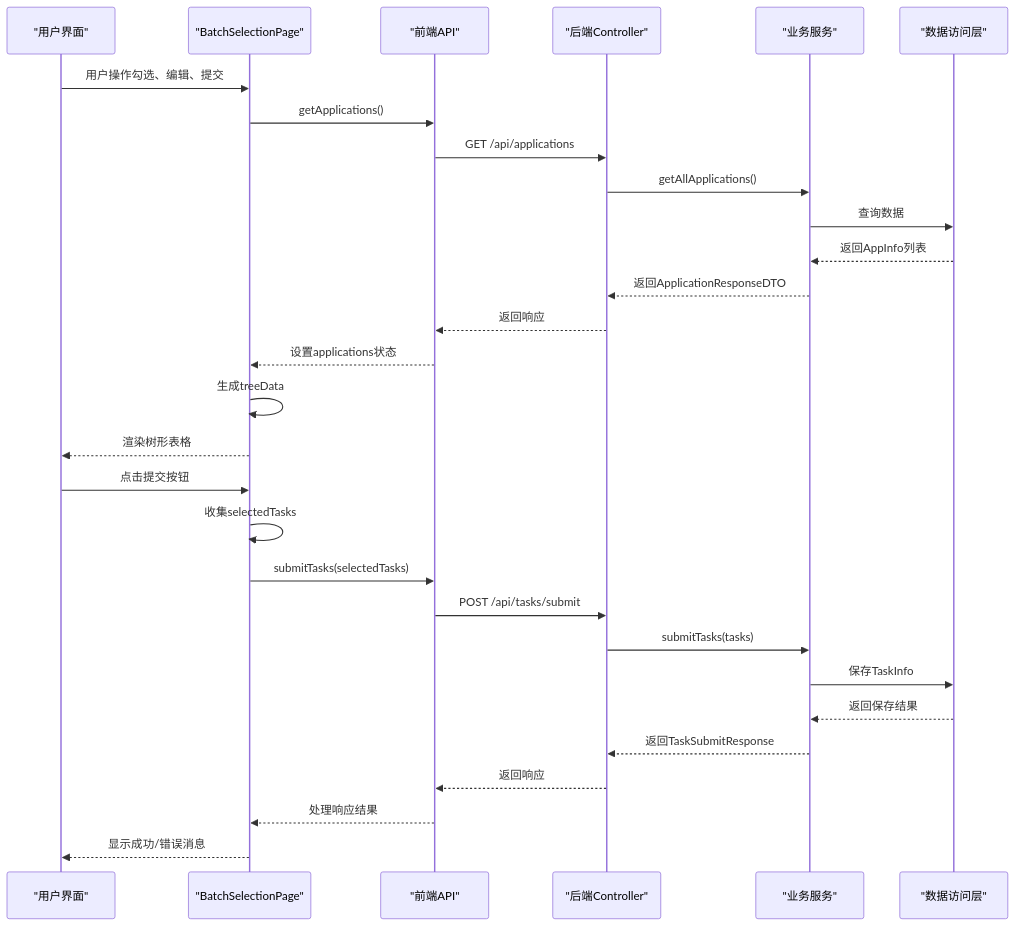
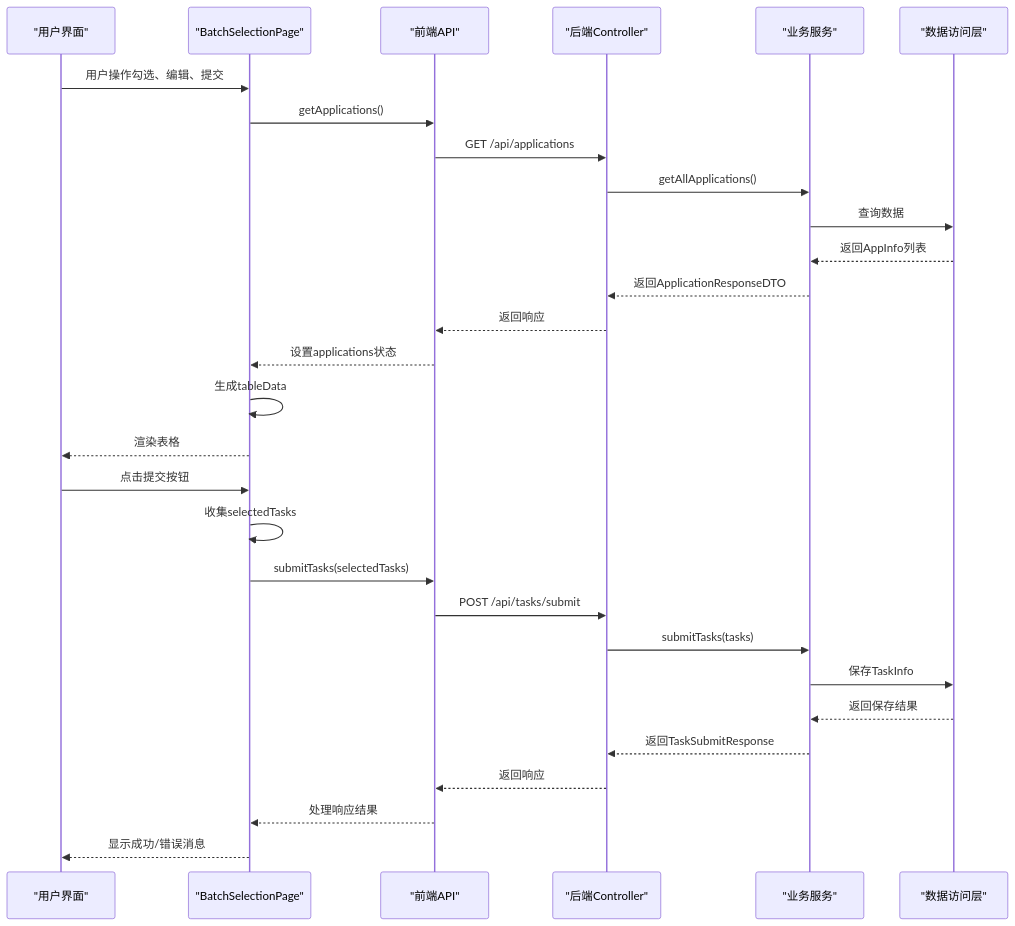
One commit to jokercc25/project_test changed the second of 7 diagrams in .qoder/repowiki/zh/content/项目目录结构/前端目录结构/批量选择页面组件.md. Above: the diagram before and after it, drawn with Mermaid. The commit also changed other lines of this file and 1 other file, not shown here.

````diff
--- a/.qoder/repowiki/zh/content/项目目录结构/前端目录结构/批量选择页面组件.md
+++ b/.qoder/repowiki/zh/content/项目目录结构/前端目录结构/批量选择页面组件.md
@@ -73,31 +88,31 @@
 ```mermaid
 sequenceDiagram
 participant UI as "用户界面"
 participant Component as "BatchSelectionPage"
 participant API as "前端API"
 participant Controller as "后端Controller"
 participant Service as "业务服务"
 participant Repository as "数据访问层"
 UI->>Component : 用户操作勾选、编辑、提交
 Component->>API : getApplications()
 API->>Controller : GET /api/applications
 Controller->>Service : getAllApplications()
 Service->>Repository : 查询数据
 Repository-->>Service : 返回AppInfo列表
 Service-->>Controller : 返回ApplicationResponseDTO
 Controller-->>API : 返回响应
 API-->>Component : 设置applications状态
-Component->>Component : 生成treeData
-Component-->>UI : 渲染树形表格
+Component->>Component : 生成tableData
+Component-->>UI : 渲染表格
 UI->>Component : 点击提交按钮
 Component->>Component : 收集selectedTasks
 Component->>API : submitTasks(selectedTasks)
 API->>Controller : POST /api/tasks/submit
 Controller->>Service : submitTasks(tasks)
 Service->>Repository : 保存TaskInfo
 Repository-->>Service : 返回保存结果
 Service-->>Controller : 返回TaskSubmitResponse
 Controller-->>API : 返回响应
 API-->>Component : 处理响应结果
 Component-->>UI : 显示成功/错误消息
 ```
````
